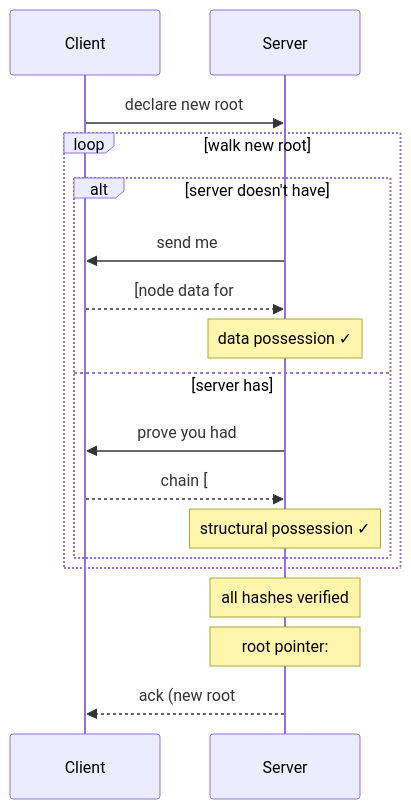
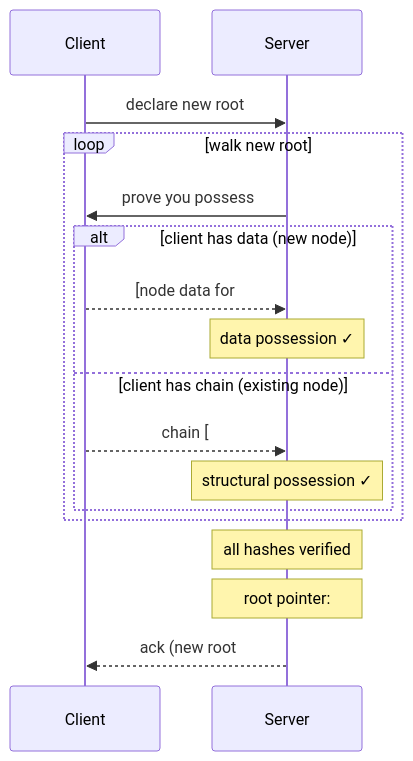
Before and after one commit to jclaggett/dacite: the fifth of 9 diagrams in docs/authorization-design-v2.md, drawn with Mermaid. The commit also changed other lines of this file, not shown here.

First line of the commit message:
Auth v2: uniform 'prove it' protocol, remove transmission details

````diff
--- a/docs/authorization-design-v2.md
+++ b/docs/authorization-design-v2.md
@@ -194,23 +193,22 @@
 ```mermaid
 sequenceDiagram
     participant C as Client
     participant S as Server
 
     C->>S: declare new root #R' (old root #R stays active)
 
     loop walk new root #R'
-        alt server doesn't have #H
-            S->>C: send me #H
+        S->>C: prove you possess #H
+        alt client has data (new node)
             C-->>S: [node data for #H]
             Note over S: data possession ✓
-        else server has #H
-            S->>C: prove you had #H
+        else client has chain (existing node)
             C-->>S: chain [#R, ..., #H]
             Note over S: structural possession ✓
         end
     end
 
     Note over S: all hashes verified
     Note over S: root pointer: #R → #R'
     S-->>C: ack (new root #R')
 ```
````
